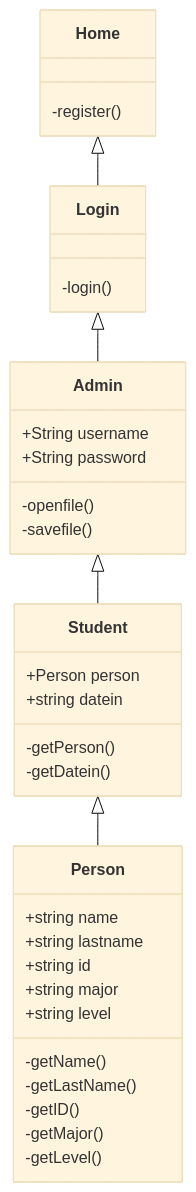
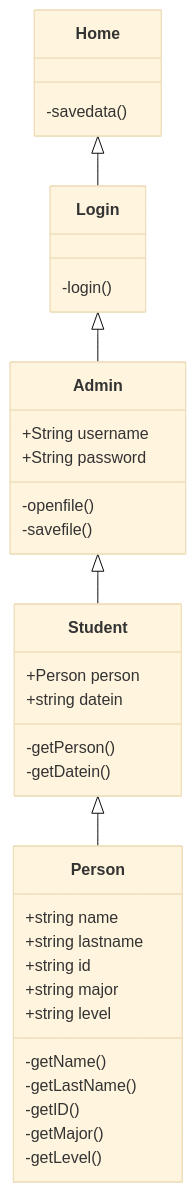
One commit to MDM007MDM/FP changed the diagram in ProjectRoom-main/README.md. Above: the diagram before and after it, drawn with Mermaid (base theme). The commit also changed 2 other files, not shown here.

````diff
--- a/ProjectRoom-main/README.md
+++ b/ProjectRoom-main/README.md
@@ -10,40 +10,40 @@
 ```mermaid
 classDiagram
   class Home{
-    -register()
+    -savedata()
 }
   class Login{
     -login()
   }
   class Admin{
     +String username
     +String password
     -openfile()
     -savefile()
   }
   class Person{
     +string name
     +string lastname
     +string id
     +string major
     +string level
     -getName()
     -getLastName()
     -getID()
     -getMajor()
     -getLevel()
    }
   class Student{
     +Person person
     +string datein
     -getPerson()
     -getDatein()
    }
 
    Home <|-- Login
    Login <|-- Admin
    Admin <|-- Student
    Student <|-- Person
   
 
 ```
````
